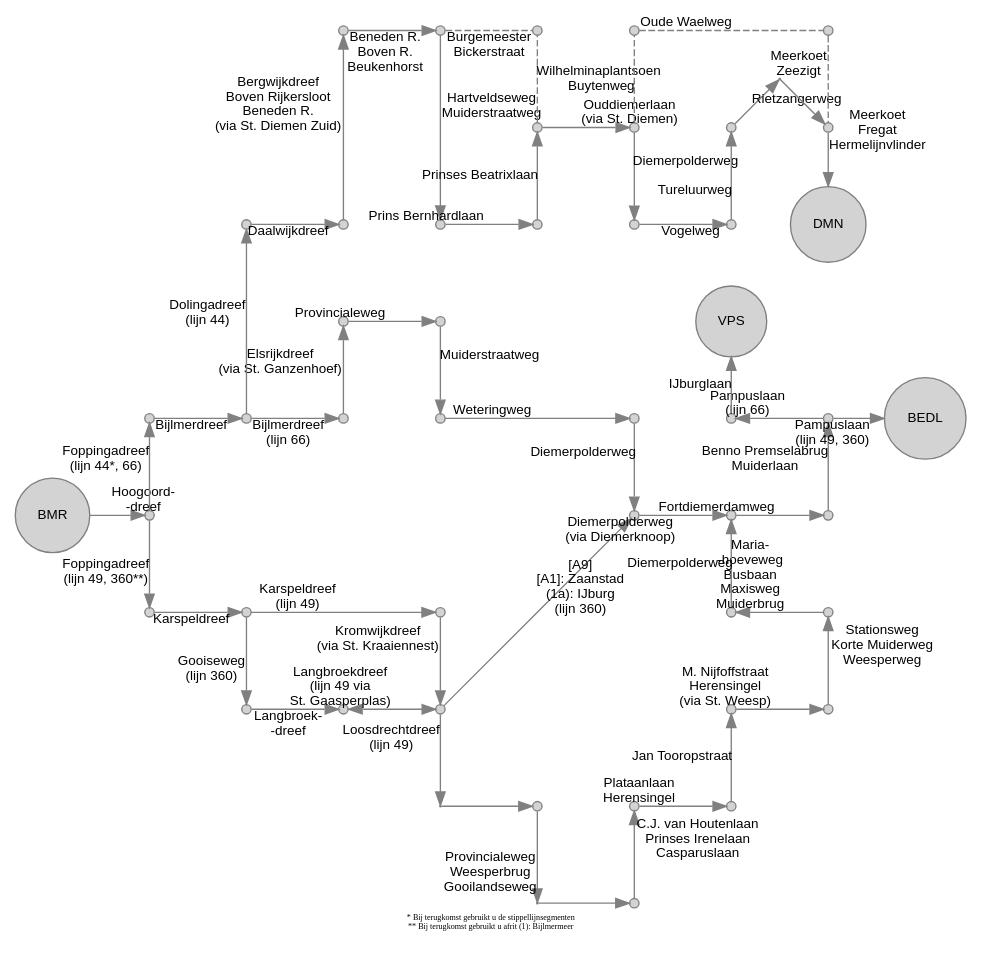
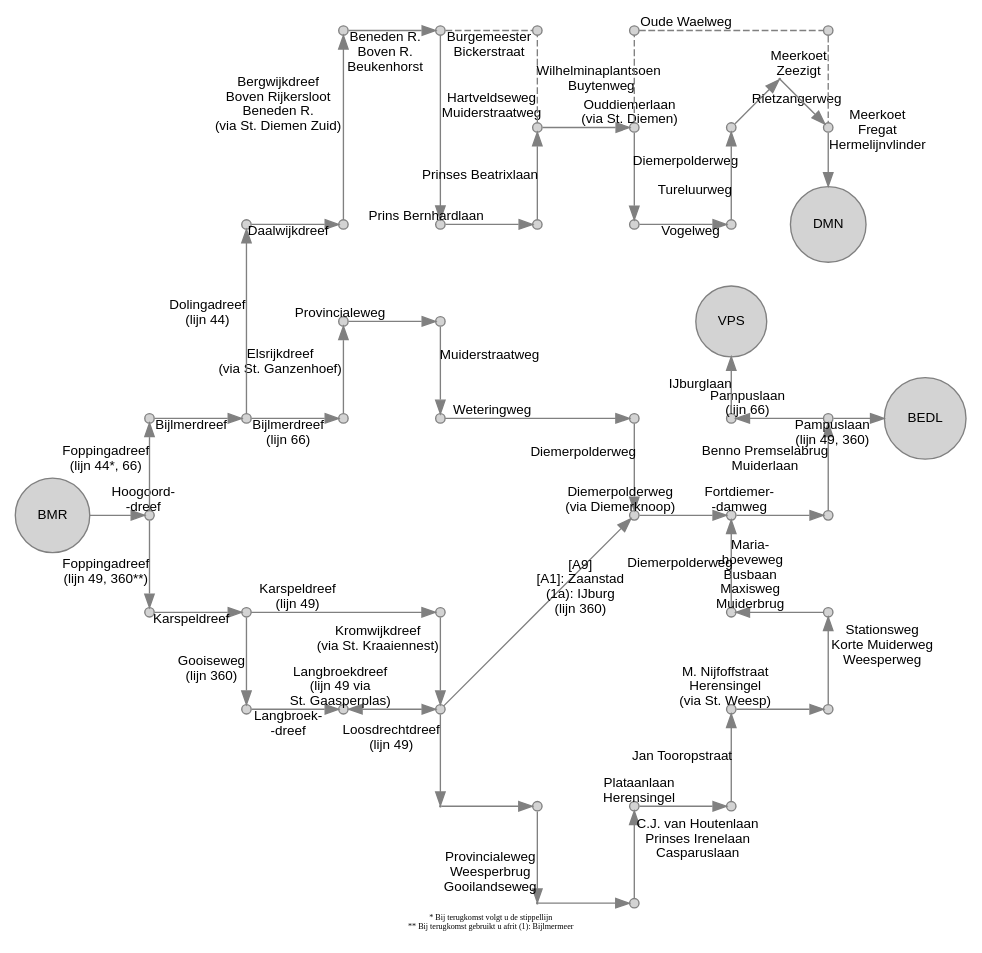
One commit to JacekPardyak/bus changed the diagram in gvb/BMR.gv. Above: the diagram before and after it, drawn with Graphviz. The commit also changed 33 other files, not shown here.

```diff
--- a/gvb/BMR.gv
+++ b/gvb/BMR.gv
@@ -1,166 +1,167 @@
 digraph G {
   layout = neato
   node [shape = circle, style = filled, fillcolor = lightgray, color = gray, height=0.1, label = "", fontsize = 10, fontname = "Arial"]
   edge [color = gray, fontsize = 10, fontname = "Arial"]
   4900 [pos = "0, 0!", label = "BMR"]
   4901 [pos = "1, 0!"]
   4902 [pos = "1,-1!"]
   4903 [pos = "2,-1!"]
   4904 [pos = "4,-1!"]
   4905 [pos = "4,-2!"]
   4906 [pos = "5,-3!"]
   4907 [pos = "5,-4!", height=0.01]
   4908 [pos = "6,-4!"]
   4909 [pos = "6,-3!"]
   4910 [pos = "7,-3!"]
   4911 [pos = "7,-2!"]
   4912 [pos = "8,-2!"]
   4913 [pos = "8,-1!"]
   4914 [pos = "7,-1!"]
   4915 [pos = "7, 0!"]
   4916 [pos = "8, 0!"]
   4917 [pos = "4,-3!", height=0.01]
 
   6601 [pos = "1, 1!"]
   6602 [pos = "3, 1!"]
   6603 [pos = "3, 2!"]
   6604 [pos = "4, 2!"]
   6605 [pos = "4, 1!"]
   6606 [pos = "6, 1!"]
   6607 [pos = "6, 0!"]
   6608 [pos = " 8, 1!"]
   6609 [pos = " 7, 1!"]
   6610 [pos = " 7, 2!", label = "VPS"]
 
   36001 [pos = "2,-2!"]
   36002 [pos = "3,-2!"]
   36003 [pos = " 9, 1!", label = "BEDL"]
   
   4401 [pos = "2, 1!"]
   4402 [pos = "2, 3!"]
   4403 [pos = "3, 3!"]
   4404 [pos = "3, 5!"]
   4405 [pos = "4, 5!"]
   4406 [pos = "4, 3!"]
   4407 [pos = "5, 3!"]
   4408 [pos = "5, 4!"]
   4409 [pos = "6, 4!"]
   4410 [pos = "6, 3!"]
   4411 [pos = "7, 3!"]
   4412 [pos = "7, 4!"]
   4413 [pos = "7.5, 4.5!", height=0.01]
   4415 [pos = "8, 3!", label = "DMN"]
   4416 [pos = "5, 5!"]
   4417 [pos = "6, 5!"]
   4418 [pos = "8, 5!"]
   4419 [pos = "8, 4!"]
   
   4408 -> 4416 [label = "Wilhelminaplantsoen", style = dashed, dir = "none"]
   4405 -> 4416 [label = "Burgemeester 
  Bickerstraat", style = dashed, dir = "none"]
   4409 -> 4417 [label = "Buytenweg", style = dashed, dir = "none"]
   4417 -> 4418 [label = "Oude Waelweg", style = dashed, dir = "none"]
   4418 -> 4419 [label = "Meerkoet 
  Zeezigt", style = dashed, dir = "none"]
 
   4900 -> 4901 [label = "Hoogoord- 
  -dreef"]
   4901 -> 4902 [label = "Foppingadreef 
  (lijn 49, 360**)"]
   4902 -> 4903 [label = "Karspeldreef"]
   4903 -> 4904 [label = "Karspeldreef 
  (lijn 49)"]
   4904 -> 4905 [label = "Kromwijkdreef 
  (via St. Kraaiennest)"]
   4905 -> 4917 [label = "Loosdrechtdreef 
  (lijn 49)"]
   4917 -> 4906 [label = ""]
   4906 -> 4907 [label = "Provincialeweg 
  Weesperbrug 
  Gooilandseweg"]
   4907 -> 4908 [label = ""]
   4908 -> 4909 [label = "C.J. van Houtenlaan 
  Prinses Irenelaan 
  Casparuslaan"]
   4909 -> 4910 [label = "Plataanlaan 
  Herensingel"]
   4910 -> 4911 [label = "Jan Tooropstraat"]
   4911 -> 4912 [label = "M. Nijfoffstraat 
  Herensingel 
  (via St. Weesp)"]
   4912 -> 4913 [label = "Stationsweg 
  Korte Muiderweg 
  Weesperweg"]
   4913 -> 4914 [label = "Maria- 
  -hoeveweg 
  Busbaan 
  Maxisweg 
  Muiderbrug"]
   4914 -> 4915 [label = "Diemerpolderweg"]
-  4915 -> 4916 [label = "Fortdiemerdamweg"]
+  4915 -> 4916 [label = "Fortdiemer-
+-damweg"]
   4916 -> 6608 [label = "Benno Premselabrug 
  Muiderlaan"]
   
 
   4903 -> 36001 [label = "Gooiseweg 
  (lijn 360)"]
   36001 -> 36002 [label = "Langbroek- 
  -dreef"]
   36002 -> 4905 [dir = "both", label = "Langbroekdreef 
  (lijn 49 via 
  St. Gaasperplas)"]
 
   4901 -> 6601 [label = "Foppingadreef 
  (lijn 44*, 66)"]
   6601 -> 4401 [label = "Bijlmerdreef"]
   4401 -> 6602 [label = "Bijlmerdreef 
  (lijn 66)"]
   4401 -> 4402 [label = "Dolingadreef 
  (lijn 44)"]
   4402 -> 4403 [label = "Daalwijkdreef"]
   4403 -> 4404 [label = "Bergwijkdreef 
  Boven Rijkersloot 
  Beneden R. 
  (via St. Diemen Zuid)"]
   4404 -> 4405 [label = "Beneden R. 
  Boven R.
  Beukenhorst"]
   4405 -> 4406 [label = "Hartveldseweg 
  Muiderstraatweg"]
   4406 -> 4407 [label = "Prins Bernhardlaan"]
   4407 -> 4408 [label = "Prinses Beatrixlaan"]
   4408 -> 4409 [label = "Ouddiemerlaan 
  (via St. Diemen)"]
   4409 -> 4410 [label = "Diemerpolderweg"]
   4410 -> 4411 [label = "Vogelweg"]
   4411 -> 4412 [label = "Tureluurweg"]
   4412 -> 4413 [label = "Rietzangerweg"]
   4413 -> 4419
   4419 -> 4415 [label = "Meerkoet 
  Fregat 
  Hermelijnvlinder"]
   
   6602 -> 6603 [label = "Elsrijkdreef 
  (via St. Ganzenhoef)"]
   6603 -> 6604 [label = "Provincialeweg"]
   6604 -> 6605 [label = "Muiderstraatweg"]
   6605 -> 6606 [label = "Weteringweg"]
 
   6606 -> 6607 [label = "Diemerpolderweg"]
   6607 -> 4915 [label = "Diemerpolderweg 
  (via Diemerknoop)"]
   6608 -> 36003 [label = "Pampuslaan 
  (lijn 49, 360)"]
   6608 -> 6609 [label = "Pampuslaan 
  (lijn 66)"]
   6609 -> 6610 [label = "IJburglaan"]
   4905 -> 6607 [label = "[A9] 
  [A1]: Zaanstad 
  (1a): IJburg 
  (lijn 360)"]
   
   labelloc="b"
-  label="* Bij terugkomst gebruikt u de stippellijnsegmenten 
+  label="* Bij terugkomst volgt u de stippellijn 
  ** Bij terugkomst gebruikt u afrit (1): Bijlmermeer"
   fontsize=6
 }
```
